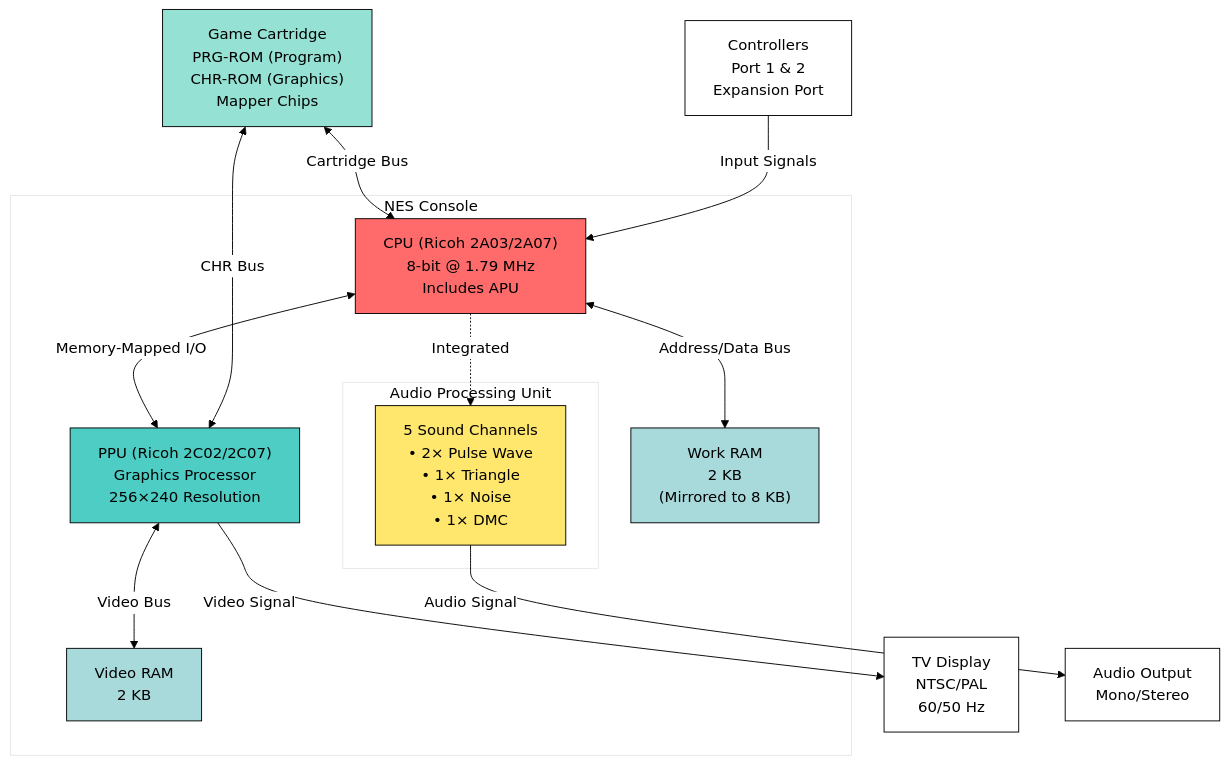
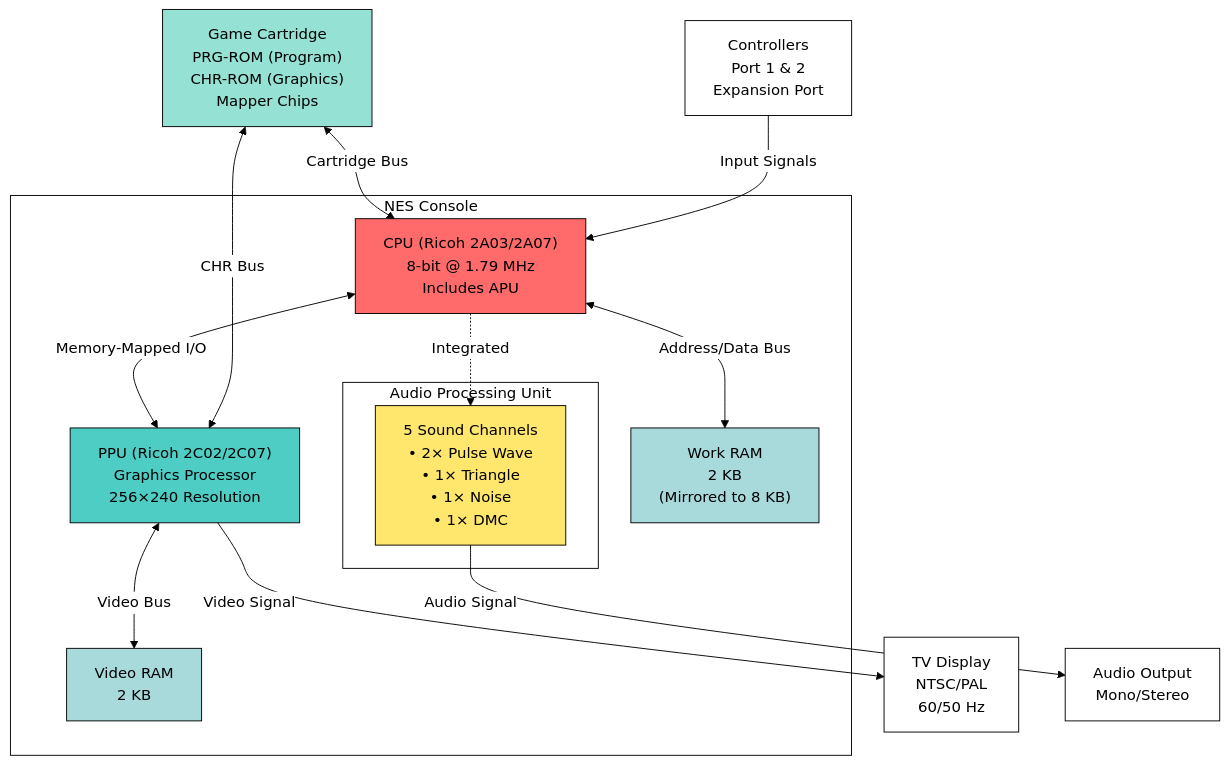
One commit to dreamldx/dreamldx.github.io changed the diagram in _posts/2025-10-21-nes-console-introduction.md. Above: the diagram before and after it, drawn with Mermaid.

Commit message:
Ensure complete white background for Mermaid diagram
Added comprehensive theme variables to make entire diagram background white:
- Set clusterBkg (subgraph backgrounds) to white
- Set edgeLabelBackground to white
- Added black colors for all borders and text elements
- Ensures consistent white background throughout the diagram

🤖 Generated with [Claude Code](https://claude.com/claude-code)

````diff
--- a/_posts/2025-10-21-nes-console-introduction.md
+++ b/_posts/2025-10-21-nes-console-introduction.md
@@ -36,40 +36,40 @@
 ```mermaid
-%%{init: {'theme':'base', 'themeVariables': { 'primaryColor':'#fff','primaryTextColor':'#000','primaryBorderColor':'#000','lineColor':'#000','secondaryColor':'#fff','tertiaryColor':'#fff','background':'#fff','mainBkg':'#fff','secondBkg':'#fff'}}}%%
+%%{init: {'theme':'base', 'themeVariables': { 'primaryColor':'#fff','primaryTextColor':'#000','primaryBorderColor':'#000','lineColor':'#000','secondaryColor':'#fff','tertiaryColor':'#fff','background':'#fff','mainBkg':'#fff','secondBkg':'#fff','tertiaryBkg':'#fff','clusterBkg':'#fff','clusterBorder':'#000','defaultLinkColor':'#000','titleColor':'#000','edgeLabelBackground':'#fff'}}}%%
 graph TB
     subgraph "NES Console"
         CPU["CPU (Ricoh 2A03/2A07)<br/>8-bit @ 1.79 MHz<br/>Includes APU"]
         PPU["PPU (Ricoh 2C02/2C07)<br/>Graphics Processor<br/>256×240 Resolution"]
         WRAM["Work RAM<br/>2 KB<br/>(Mirrored to 8 KB)"]
         VRAM["Video RAM<br/>2 KB"]
 
         subgraph "Audio Processing Unit"
             APU["5 Sound Channels<br/>• 2× Pulse Wave<br/>• 1× Triangle<br/>• 1× Noise<br/>• 1× DMC"]
         end
 
         CPU <-->|Address/Data Bus| WRAM
         CPU <-->|Memory-Mapped I/O| PPU
         CPU -.->|Integrated| APU
         PPU <-->|Video Bus| VRAM
     end
 
     Cart["Game Cartridge<br/>PRG-ROM (Program)<br/>CHR-ROM (Graphics)<br/>Mapper Chips"]
     Controllers["Controllers<br/>Port 1 & 2<br/>Expansion Port"]
     TV["TV Display<br/>NTSC/PAL<br/>60/50 Hz"]
     Audio["Audio Output<br/>Mono/Stereo"]
 
     Cart <-->|Cartridge Bus| CPU
     Cart <-->|CHR Bus| PPU
     Controllers -->|Input Signals| CPU
     PPU -->|Video Signal| TV
     APU -->|Audio Signal| Audio
 
     style CPU fill:#ff6b6b,stroke:#000,color:#000
     style PPU fill:#4ecdc4,stroke:#000,color:#000
     style APU fill:#ffe66d,stroke:#000,color:#000
     style WRAM fill:#a8dadc,stroke:#000,color:#000
     style VRAM fill:#a8dadc,stroke:#000,color:#000
     style Cart fill:#95e1d3,stroke:#000,color:#000
     style Controllers fill:#fff,stroke:#000,color:#000
     style TV fill:#fff,stroke:#000,color:#000
     style Audio fill:#fff,stroke:#000,color:#000
 ```
````
